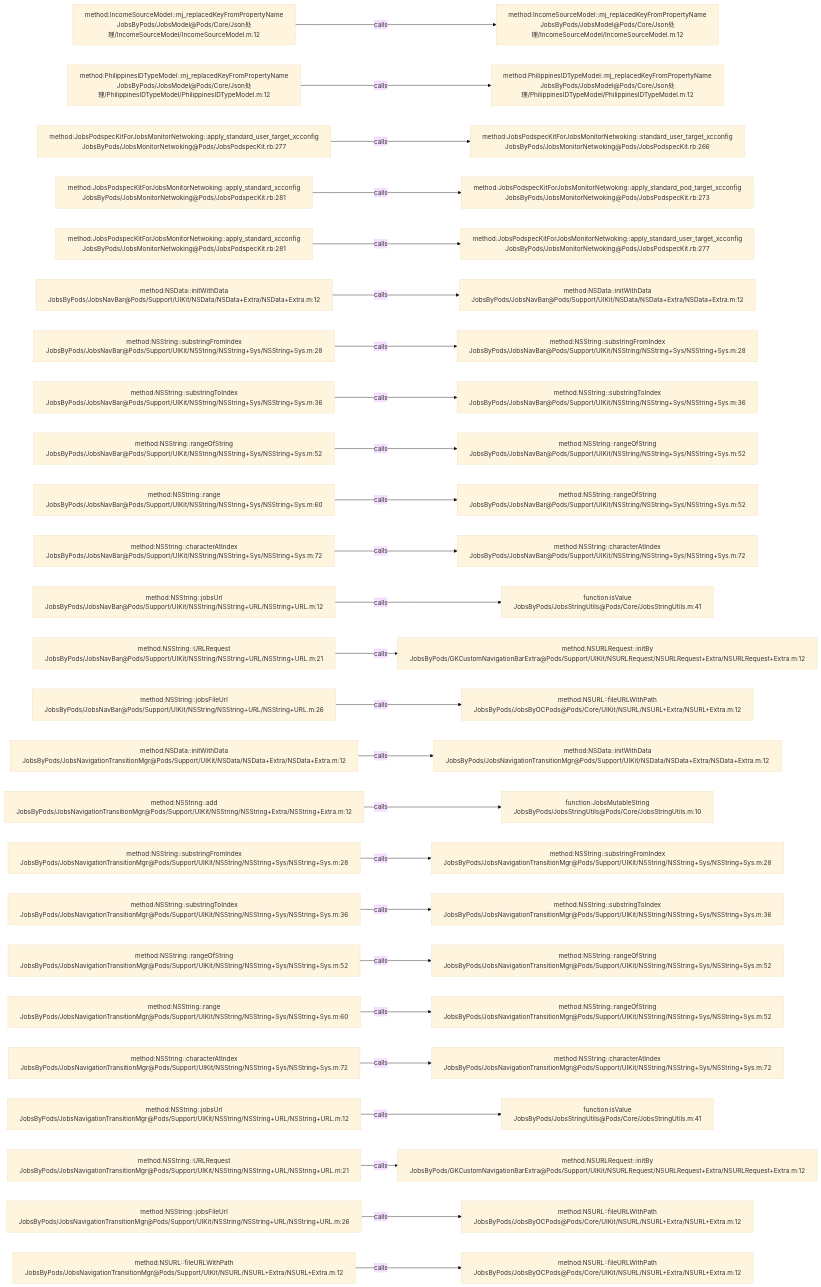
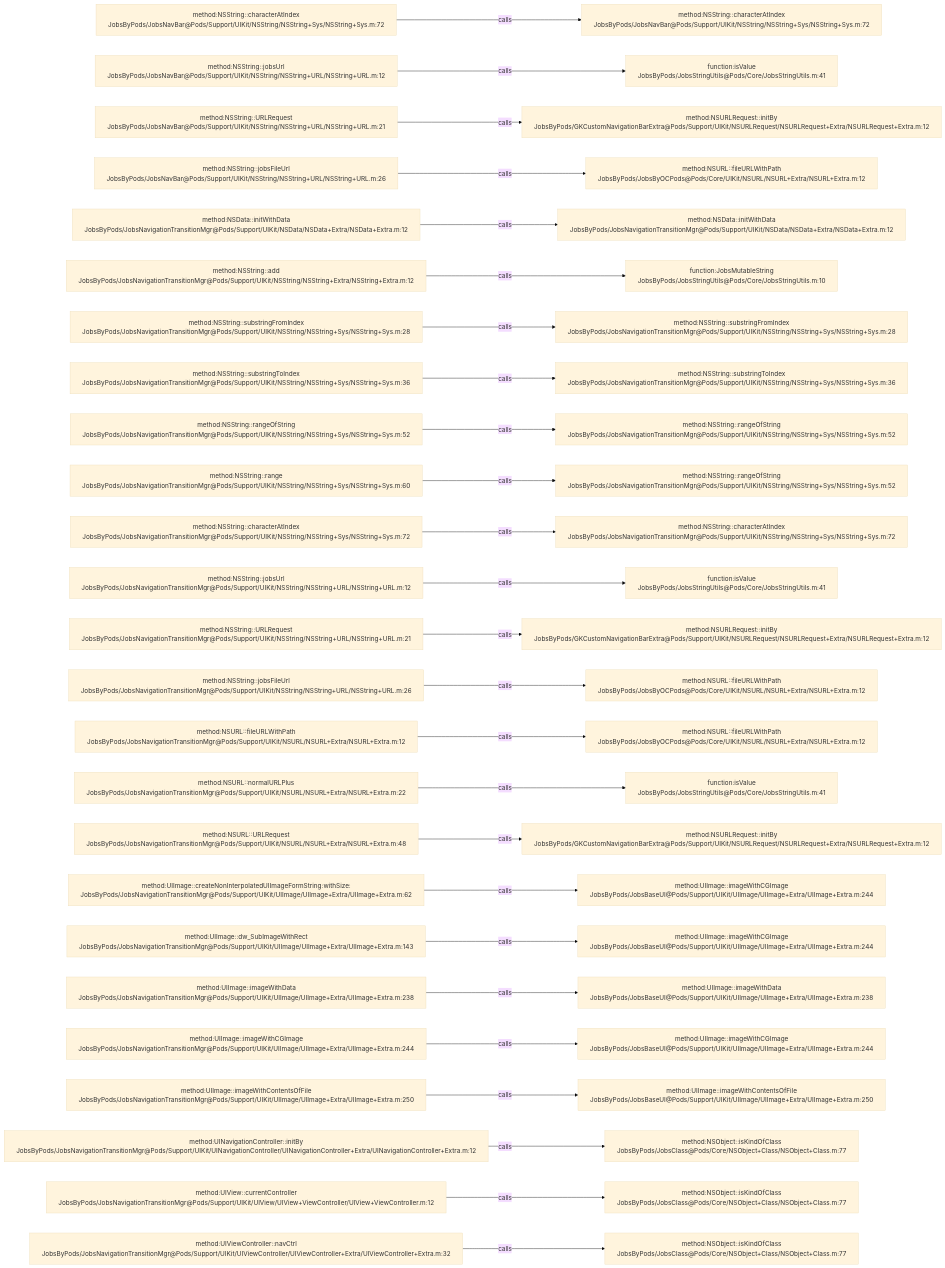
One commit to JobsKits/JobsOCBaseConfigDemo changed the diagram in .codegraph/codegraph.md/graphs/calls-012.md. Above: the diagram before and after it, drawn with Mermaid (base theme). The commit also changed 296 other files, not shown here.

````diff
--- a/.codegraph/codegraph.md/graphs/calls-012.md
+++ b/.codegraph/codegraph.md/graphs/calls-012.md
@@ -13,78 +13,78 @@
 ```mermaid
 flowchart LR
-  S1["method:IncomeSourceModel::mj_replacedKeyFromPropertyName<br/>JobsByPods/JobsModel@Pods/Core/Json处理/IncomeSourceModel/IncomeSourceModel.m:12"]
-  T1["method:IncomeSourceModel::mj_replacedKeyFromPropertyName<br/>JobsByPods/JobsModel@Pods/Core/Json处理/IncomeSourceModel/IncomeSourceModel.m:12"]
+  S1["method:NSString::characterAtIndex<br/>JobsByPods/JobsNavBar@Pods/Support/UIKit/NSString/NSString+Sys/NSString+Sys.m:72"]
+  T1["method:NSString::characterAtIndex<br/>JobsByPods/JobsNavBar@Pods/Support/UIKit/NSString/NSString+Sys/NSString+Sys.m:72"]
   S1 -->|calls| T1
-  S2["method:PhilippinesIDTypeModel::mj_replacedKeyFromPropertyName<br/>JobsByPods/JobsModel@Pods/Core/Json处理/PhilippinesIDTypeModel/PhilippinesIDTypeModel.m:12"]
-  T2["method:PhilippinesIDTypeModel::mj_replacedKeyFromPropertyName<br/>JobsByPods/JobsModel@Pods/Core/Json处理/PhilippinesIDTypeModel/PhilippinesIDTypeModel.m:12"]
+  S2["method:NSString::jobsUrl<br/>JobsByPods/JobsNavBar@Pods/Support/UIKit/NSString/NSString+URL/NSString+URL.m:12"]
+  T2["function:isValue<br/>JobsByPods/JobsStringUtils@Pods/Core/JobsStringUtils.m:41"]
   S2 -->|calls| T2
-  S3["method:JobsPodspecKitForJobsMonitorNetwoking::apply_standard_user_target_xcconfig<br/>JobsByPods/JobsMonitorNetwoking@Pods/JobsPodspecKit.rb:277"]
-  T3["method:JobsPodspecKitForJobsMonitorNetwoking::standard_user_target_xcconfig<br/>JobsByPods/JobsMonitorNetwoking@Pods/JobsPodspecKit.rb:266"]
+  S3["method:NSString::URLRequest<br/>JobsByPods/JobsNavBar@Pods/Support/UIKit/NSString/NSString+URL/NSString+URL.m:21"]
+  T3["method:NSURLRequest::initBy<br/>JobsByPods/GKCustomNavigationBarExtra@Pods/Support/UIKit/NSURLRequest/NSURLRequest+Extra/NSURLRequest+Extra.m:12"]
   S3 -->|calls| T3
-  S4["method:JobsPodspecKitForJobsMonitorNetwoking::apply_standard_xcconfig<br/>JobsByPods/JobsMonitorNetwoking@Pods/JobsPodspecKit.rb:281"]
-  T4["method:JobsPodspecKitForJobsMonitorNetwoking::apply_standard_pod_target_xcconfig<br/>JobsByPods/JobsMonitorNetwoking@Pods/JobsPodspecKit.rb:273"]
+  S4["method:NSString::jobsFileUrl<br/>JobsByPods/JobsNavBar@Pods/Support/UIKit/NSString/NSString+URL/NSString+URL.m:26"]
+  T4["method:NSURL::fileURLWithPath<br/>JobsByPods/JobsByOCPods@Pods/Core/UIKit/NSURL/NSURL+Extra/NSURL+Extra.m:12"]
   S4 -->|calls| T4
-  S5["method:JobsPodspecKitForJobsMonitorNetwoking::apply_standard_xcconfig<br/>JobsByPods/JobsMonitorNetwoking@Pods/JobsPodspecKit.rb:281"]
-  T5["method:JobsPodspecKitForJobsMonitorNetwoking::apply_standard_user_target_xcconfig<br/>JobsByPods/JobsMonitorNetwoking@Pods/JobsPodspecKit.rb:277"]
+  S5["method:NSData::initWithData<br/>JobsByPods/JobsNavigationTransitionMgr@Pods/Support/UIKit/NSData/NSData+Extra/NSData+Extra.m:12"]
+  T5["method:NSData::initWithData<br/>JobsByPods/JobsNavigationTransitionMgr@Pods/Support/UIKit/NSData/NSData+Extra/NSData+Extra.m:12"]
   S5 -->|calls| T5
-  S6["method:NSData::initWithData<br/>JobsByPods/JobsNavBar@Pods/Support/UIKit/NSData/NSData+Extra/NSData+Extra.m:12"]
-  T6["method:NSData::initWithData<br/>JobsByPods/JobsNavBar@Pods/Support/UIKit/NSData/NSData+Extra/NSData+Extra.m:12"]
+  S6["method:NSString::add<br/>JobsByPods/JobsNavigationTransitionMgr@Pods/Support/UIKit/NSString/NSString+Extra/NSString+Extra.m:12"]
+  T6["function:JobsMutableString<br/>JobsByPods/JobsStringUtils@Pods/Core/JobsStringUtils.m:10"]
   S6 -->|calls| T6
-  S7["method:NSString::substringFromIndex<br/>JobsByPods/JobsNavBar@Pods/Support/UIKit/NSString/NSString+Sys/NSString+Sys.m:28"]
-  T7["method:NSString::substringFromIndex<br/>JobsByPods/JobsNavBar@Pods/Support/UIKit/NSString/NSString+Sys/NSString+Sys.m:28"]
+  S7["method:NSString::substringFromIndex<br/>JobsByPods/JobsNavigationTransitionMgr@Pods/Support/UIKit/NSString/NSString+Sys/NSString+Sys.m:28"]
+  T7["method:NSString::substringFromIndex<br/>JobsByPods/JobsNavigationTransitionMgr@Pods/Support/UIKit/NSString/NSString+Sys/NSString+Sys.m:28"]
   S7 -->|calls| T7
-  S8["method:NSString::substringToIndex<br/>JobsByPods/JobsNavBar@Pods/Support/UIKit/NSString/NSString+Sys/NSString+Sys.m:36"]
-  T8["method:NSString::substringToIndex<br/>JobsByPods/JobsNavBar@Pods/Support/UIKit/NSString/NSString+Sys/NSString+Sys.m:36"]
+  S8["method:NSString::substringToIndex<br/>JobsByPods/JobsNavigationTransitionMgr@Pods/Support/UIKit/NSString/NSString+Sys/NSString+Sys.m:36"]
+  T8["method:NSString::substringToIndex<br/>JobsByPods/JobsNavigationTransitionMgr@Pods/Support/UIKit/NSString/NSString+Sys/NSString+Sys.m:36"]
   S8 -->|calls| T8
-  S9["method:NSString::rangeOfString<br/>JobsByPods/JobsNavBar@Pods/Support/UIKit/NSString/NSString+Sys/NSString+Sys.m:52"]
-  T9["method:NSString::rangeOfString<br/>JobsByPods/JobsNavBar@Pods/Support/UIKit/NSString/NSString+Sys/NSString+Sys.m:52"]
+  S9["method:NSString::rangeOfString<br/>JobsByPods/JobsNavigationTransitionMgr@Pods/Support/UIKit/NSString/NSString+Sys/NSString+Sys.m:52"]
+  T9["method:NSString::rangeOfString<br/>JobsByPods/JobsNavigationTransitionMgr@Pods/Support/UIKit/NSString/NSString+Sys/NSString+Sys.m:52"]
   S9 -->|calls| T9
-  S10["method:NSString::range<br/>JobsByPods/JobsNavBar@Pods/Support/UIKit/NSString/NSString+Sys/NSString+Sys.m:60"]
-  T10["method:NSString::rangeOfString<br/>JobsByPods/JobsNavBar@Pods/Support/UIKit/NSString/NSString+Sys/NSString+Sys.m:52"]
+  S10["method:NSString::range<br/>JobsByPods/JobsNavigationTransitionMgr@Pods/Support/UIKit/NSString/NSString+Sys/NSString+Sys.m:60"]
+  T10["method:NSString::rangeOfString<br/>JobsByPods/JobsNavigationTransitionMgr@Pods/Support/UIKit/NSString/NSString+Sys/NSString+Sys.m:52"]
   S10 -->|calls| T10
-  S11["method:NSString::characterAtIndex<br/>JobsByPods/JobsNavBar@Pods/Support/UIKit/NSString/NSString+Sys/NSString+Sys.m:72"]
-  T11["method:NSString::characterAtIndex<br/>JobsByPods/JobsNavBar@Pods/Support/UIKit/NSString/NSString+Sys/NSString+Sys.m:72"]
+  S11["method:NSString::characterAtIndex<br/>JobsByPods/JobsNavigationTransitionMgr@Pods/Support/UIKit/NSString/NSString+Sys/NSString+Sys.m:72"]
+  T11["method:NSString::characterAtIndex<br/>JobsByPods/JobsNavigationTransitionMgr@Pods/Support/UIKit/NSString/NSString+Sys/NSString+Sys.m:72"]
   S11 -->|calls| T11
-  S12["method:NSString::jobsUrl<br/>JobsByPods/JobsNavBar@Pods/Support/UIKit/NSString/NSString+URL/NSString+URL.m:12"]
+  S12["method:NSString::jobsUrl<br/>JobsByPods/JobsNavigationTransitionMgr@Pods/Support/UIKit/NSString/NSString+URL/NSString+URL.m:12"]
   T12["function:isValue<br/>JobsByPods/JobsStringUtils@Pods/Core/JobsStringUtils.m:41"]
   S12 -->|calls| T12
-  S13["method:NSString::URLRequest<br/>JobsByPods/JobsNavBar@Pods/Support/UIKit/NSString/NSString+URL/NSString+URL.m:21"]
+  S13["method:NSString::URLRequest<br/>JobsByPods/JobsNavigationTransitionMgr@Pods/Support/UIKit/NSString/NSString+URL/NSString+URL.m:21"]
   T13["method:NSURLRequest::initBy<br/>JobsByPods/GKCustomNavigationBarExtra@Pods/Support/UIKit/NSURLRequest/NSURLRequest+Extra/NSURLRequest+Extra.m:12"]
   S13 -->|calls| T13
-  S14["method:NSString::jobsFileUrl<br/>JobsByPods/JobsNavBar@Pods/Support/UIKit/NSString/NSString+URL/NSString+URL.m:26"]
+  S14["method:NSString::jobsFileUrl<br/>JobsByPods/JobsNavigationTransitionMgr@Pods/Support/UIKit/NSString/NSString+URL/NSString+URL.m:26"]
   T14["method:NSURL::fileURLWithPath<br/>JobsByPods/JobsByOCPods@Pods/Core/UIKit/NSURL/NSURL+Extra/NSURL+Extra.m:12"]
   S14 -->|calls| T14
-  S15["method:NSData::initWithData<br/>JobsByPods/JobsNavigationTransitionMgr@Pods/Support/UIKit/NSData/NSData+Extra/NSData+Extra.m:12"]
-  T15["method:NSData::initWithData<br/>JobsByPods/JobsNavigationTransitionMgr@Pods/Support/UIKit/NSData/NSData+Extra/NSData+Extra.m:12"]
+  S15["method:NSURL::fileURLWithPath<br/>JobsByPods/JobsNavigationTransitionMgr@Pods/Support/UIKit/NSURL/NSURL+Extra/NSURL+Extra.m:12"]
+  T15["method:NSURL::fileURLWithPath<br/>JobsByPods/JobsByOCPods@Pods/Core/UIKit/NSURL/NSURL+Extra/NSURL+Extra.m:12"]
   S15 -->|calls| T15
-  S16["method:NSString::add<br/>JobsByPods/JobsNavigationTransitionMgr@Pods/Support/UIKit/NSString/NSString+Extra/NSString+Extra.m:12"]
-  T16["function:JobsMutableString<br/>JobsByPods/JobsStringUtils@Pods/Core/JobsStringUtils.m:10"]
+  S16["method:NSURL::normalURLPlus<br/>JobsByPods/JobsNavigationTransitionMgr@Pods/Support/UIKit/NSURL/NSURL+Extra/NSURL+Extra.m:22"]
+  T16["function:isValue<br/>JobsByPods/JobsStringUtils@Pods/Core/JobsStringUtils.m:41"]
   S16 -->|calls| T16
-  S17["method:NSString::substringFromIndex<br/>JobsByPods/JobsNavigationTransitionMgr@Pods/Support/UIKit/NSString/NSString+Sys/NSString+Sys.m:28"]
-  T17["method:NSString::substringFromIndex<br/>JobsByPods/JobsNavigationTransitionMgr@Pods/Support/UIKit/NSString/NSString+Sys/NSString+Sys.m:28"]
+  S17["method:NSURL::URLRequest<br/>JobsByPods/JobsNavigationTransitionMgr@Pods/Support/UIKit/NSURL/NSURL+Extra/NSURL+Extra.m:48"]
+  T17["method:NSURLRequest::initBy<br/>JobsByPods/GKCustomNavigationBarExtra@Pods/Support/UIKit/NSURLRequest/NSURLRequest+Extra/NSURLRequest+Extra.m:12"]
   S17 -->|calls| T17
-  S18["method:NSString::substringToIndex<br/>JobsByPods/JobsNavigationTransitionMgr@Pods/Support/UIKit/NSString/NSString+Sys/NSString+Sys.m:36"]
-  T18["method:NSString::substringToIndex<br/>JobsByPods/JobsNavigationTransitionMgr@Pods/Support/UIKit/NSString/NSString+Sys/NSString+Sys.m:36"]
+  S18["method:UIImage::createNonInterpolatedUIImageFormString:withSize:<br/>JobsByPods/JobsNavigationTransitionMgr@Pods/Support/UIKit/UIImage/UIImage+Extra/UIImage+Extra.m:62"]
+  T18["method:UIImage::imageWithCGImage<br/>JobsByPods/JobsBaseUI@Pods/Support/UIKit/UIImage/UIImage+Extra/UIImage+Extra.m:244"]
   S18 -->|calls| T18
-  S19["method:NSString::rangeOfString<br/>JobsByPods/JobsNavigationTransitionMgr@Pods/Support/UIKit/NSString/NSString+Sys/NSString+Sys.m:52"]
-  T19["method:NSString::rangeOfString<br/>JobsByPods/JobsNavigationTransitionMgr@Pods/Support/UIKit/NSString/NSString+Sys/NSString+Sys.m:52"]
+  S19["method:UIImage::dw_SubImageWithRect<br/>JobsByPods/JobsNavigationTransitionMgr@Pods/Support/UIKit/UIImage/UIImage+Extra/UIImage+Extra.m:143"]
+  T19["method:UIImage::imageWithCGImage<br/>JobsByPods/JobsBaseUI@Pods/Support/UIKit/UIImage/UIImage+Extra/UIImage+Extra.m:244"]
   S19 -->|calls| T19
-  S20["method:NSString::range<br/>JobsByPods/JobsNavigationTransitionMgr@Pods/Support/UIKit/NSString/NSString+Sys/NSString+Sys.m:60"]
-  T20["method:NSString::rangeOfString<br/>JobsByPods/JobsNavigationTransitionMgr@Pods/Support/UIKit/NSString/NSString+Sys/NSString+Sys.m:52"]
+  S20["method:UIImage::imageWithData<br/>JobsByPods/JobsNavigationTransitionMgr@Pods/Support/UIKit/UIImage/UIImage+Extra/UIImage+Extra.m:238"]
+  T20["method:UIImage::imageWithData<br/>JobsByPods/JobsBaseUI@Pods/Support/UIKit/UIImage/UIImage+Extra/UIImage+Extra.m:238"]
   S20 -->|calls| T20
-  S21["method:NSString::characterAtIndex<br/>JobsByPods/JobsNavigationTransitionMgr@Pods/Support/UIKit/NSString/NSString+Sys/NSString+Sys.m:72"]
-  T21["method:NSString::characterAtIndex<br/>JobsByPods/JobsNavigationTransitionMgr@Pods/Support/UIKit/NSString/NSString+Sys/NSString+Sys.m:72"]
+  S21["method:UIImage::imageWithCGImage<br/>JobsByPods/JobsNavigationTransitionMgr@Pods/Support/UIKit/UIImage/UIImage+Extra/UIImage+Extra.m:244"]
+  T21["method:UIImage::imageWithCGImage<br/>JobsByPods/JobsBaseUI@Pods/Support/UIKit/UIImage/UIImage+Extra/UIImage+Extra.m:244"]
   S21 -->|calls| T21
-  S22["method:NSString::jobsUrl<br/>JobsByPods/JobsNavigationTransitionMgr@Pods/Support/UIKit/NSString/NSString+URL/NSString+URL.m:12"]
-  T22["function:isValue<br/>JobsByPods/JobsStringUtils@Pods/Core/JobsStringUtils.m:41"]
+  S22["method:UIImage::imageWithContentsOfFile<br/>JobsByPods/JobsNavigationTransitionMgr@Pods/Support/UIKit/UIImage/UIImage+Extra/UIImage+Extra.m:250"]
+  T22["method:UIImage::imageWithContentsOfFile<br/>JobsByPods/JobsBaseUI@Pods/Support/UIKit/UIImage/UIImage+Extra/UIImage+Extra.m:250"]
   S22 -->|calls| T22
-  S23["method:NSString::URLRequest<br/>JobsByPods/JobsNavigationTransitionMgr@Pods/Support/UIKit/NSString/NSString+URL/NSString+URL.m:21"]
-  T23["method:NSURLRequest::initBy<br/>JobsByPods/GKCustomNavigationBarExtra@Pods/Support/UIKit/NSURLRequest/NSURLRequest+Extra/NSURLRequest+Extra.m:12"]
+  S23["method:UINavigationController::initBy<br/>JobsByPods/JobsNavigationTransitionMgr@Pods/Support/UIKit/UINavigationController/UINavigationController+Extra/UINavigationController+Extra.m:12"]
+  T23["method:NSObject::isKindOfClass<br/>JobsByPods/JobsClass@Pods/Core/NSObject+Class/NSObject+Class.m:77"]
   S23 -->|calls| T23
-  S24["method:NSString::jobsFileUrl<br/>JobsByPods/JobsNavigationTransitionMgr@Pods/Support/UIKit/NSString/NSString+URL/NSString+URL.m:26"]
-  T24["method:NSURL::fileURLWithPath<br/>JobsByPods/JobsByOCPods@Pods/Core/UIKit/NSURL/NSURL+Extra/NSURL+Extra.m:12"]
+  S24["method:UIView::currentController<br/>JobsByPods/JobsNavigationTransitionMgr@Pods/Support/UIKit/UIView/UIView+ViewController/UIView+ViewController.m:12"]
+  T24["method:NSObject::isKindOfClass<br/>JobsByPods/JobsClass@Pods/Core/NSObject+Class/NSObject+Class.m:77"]
   S24 -->|calls| T24
-  S25["method:NSURL::fileURLWithPath<br/>JobsByPods/JobsNavigationTransitionMgr@Pods/Support/UIKit/NSURL/NSURL+Extra/NSURL+Extra.m:12"]
-  T25["method:NSURL::fileURLWithPath<br/>JobsByPods/JobsByOCPods@Pods/Core/UIKit/NSURL/NSURL+Extra/NSURL+Extra.m:12"]
+  S25["method:UIViewController::navCtrl<br/>JobsByPods/JobsNavigationTransitionMgr@Pods/Support/UIKit/UIViewController/UIViewController+Extra/UIViewController+Extra.m:32"]
+  T25["method:NSObject::isKindOfClass<br/>JobsByPods/JobsClass@Pods/Core/NSObject+Class/NSObject+Class.m:77"]
   S25 -->|calls| T25
 ```
````
